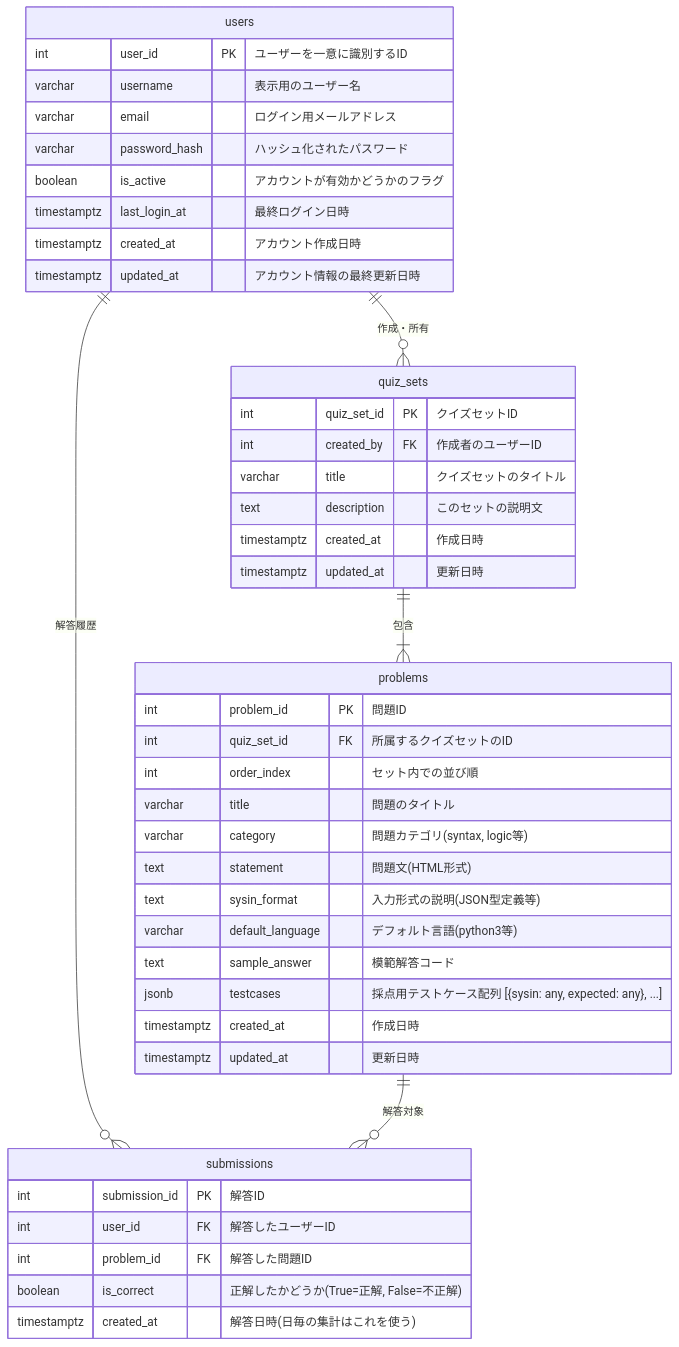
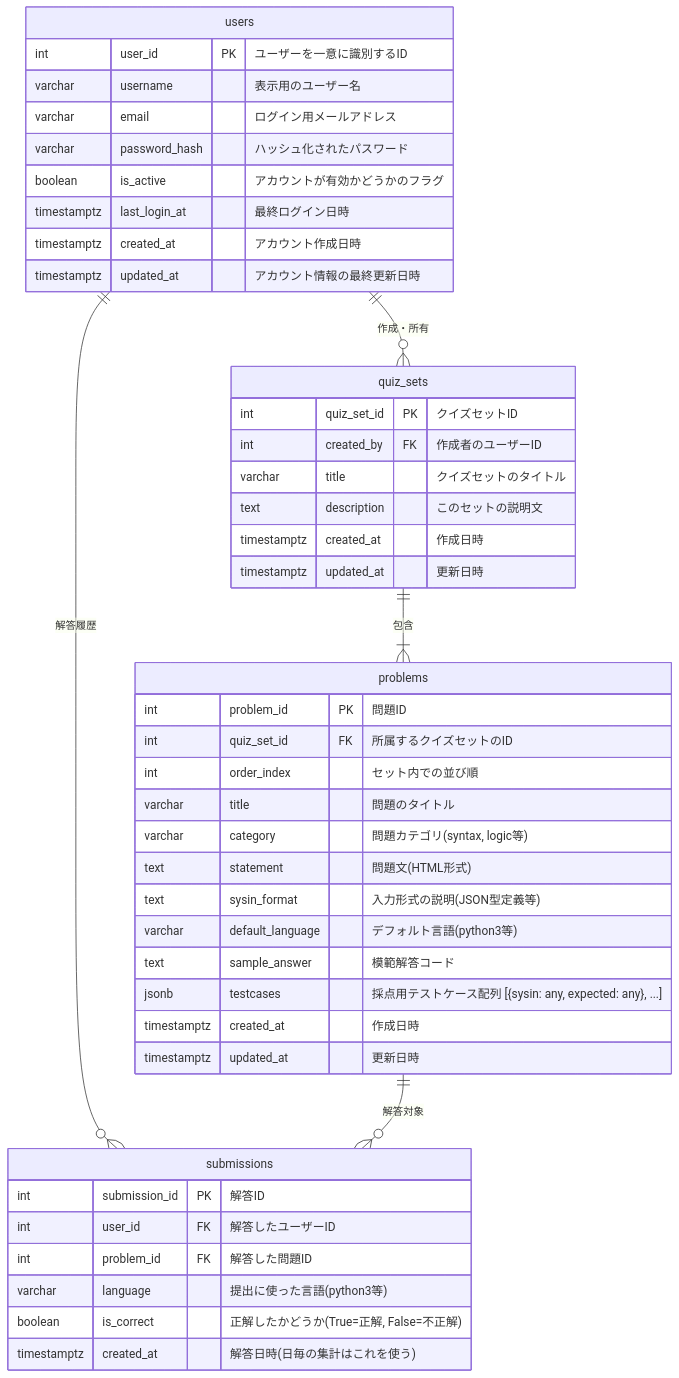
Before and after one commit to heyho99/under_code: the diagram in design_docs/er-diagram.md, drawn with Mermaid. The commit also changed 18 other files, not shown here.

````diff
--- a/design_docs/er-diagram.md
+++ b/design_docs/er-diagram.md
@@ -1,51 +1,52 @@
 ```mermaid
 erDiagram
     users ||--o{ quiz_sets : "作成・所有"
     users ||--o{ submissions : "解答履歴"
     
     quiz_sets ||--|{ problems : "包含"
     problems ||--o{ submissions : "解答対象"
 
     users {
         int user_id PK "ユーザーを一意に識別するID"
         varchar username "表示用のユーザー名"
         varchar email "ログイン用メールアドレス"
         varchar password_hash "ハッシュ化されたパスワード"
         boolean is_active "アカウントが有効かどうかのフラグ"
         timestamptz last_login_at "最終ログイン日時"
         timestamptz created_at "アカウント作成日時"
         timestamptz updated_at "アカウント情報の最終更新日時"
     }
 
     quiz_sets {
         int quiz_set_id PK "クイズセットID"
         int created_by FK "作成者のユーザーID"
         varchar title "クイズセットのタイトル"
         text description "このセットの説明文"
         timestamptz created_at "作成日時"
         timestamptz updated_at "更新日時"
     }
 
     problems {
         int problem_id PK "問題ID"
         int quiz_set_id FK "所属するクイズセットのID"
         int order_index "セット内での並び順"
         varchar title "問題のタイトル"
         varchar category "問題カテゴリ(syntax, logic等)"
         text statement "問題文(HTML形式)"
         text sysin_format "入力形式の説明(JSON型定義等)"
         varchar default_language "デフォルト言語(python3等)"
         text sample_answer "模範解答コード"
         jsonb testcases "採点用テストケース配列 [{sysin: any, expected: any}, ...]"
         timestamptz created_at "作成日時"
         timestamptz updated_at "更新日時"
     }
 
     submissions {
         int submission_id PK "解答ID"
         int user_id FK "解答したユーザーID"
         int problem_id FK "解答した問題ID"
+        varchar language "提出に使った言語(python3等)"
         boolean is_correct "正解したかどうか(True=正解, False=不正解)"
         timestamptz created_at "解答日時(日毎の集計はこれを使う)"
     }
 ```
````
